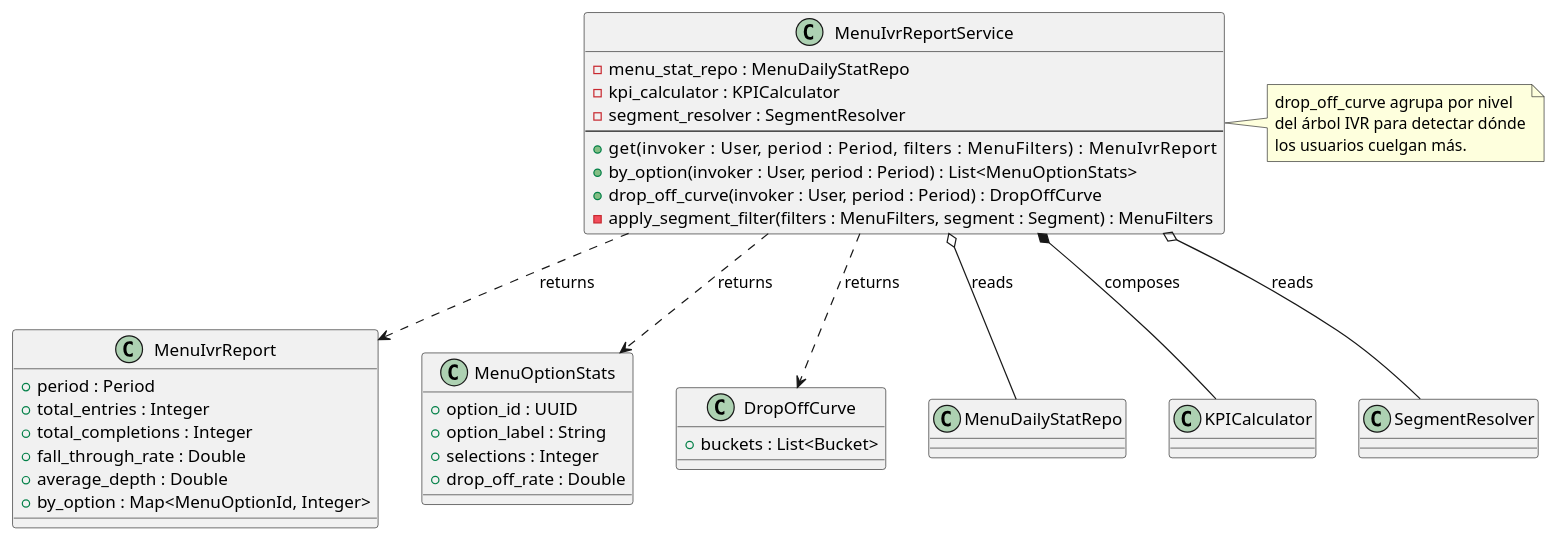
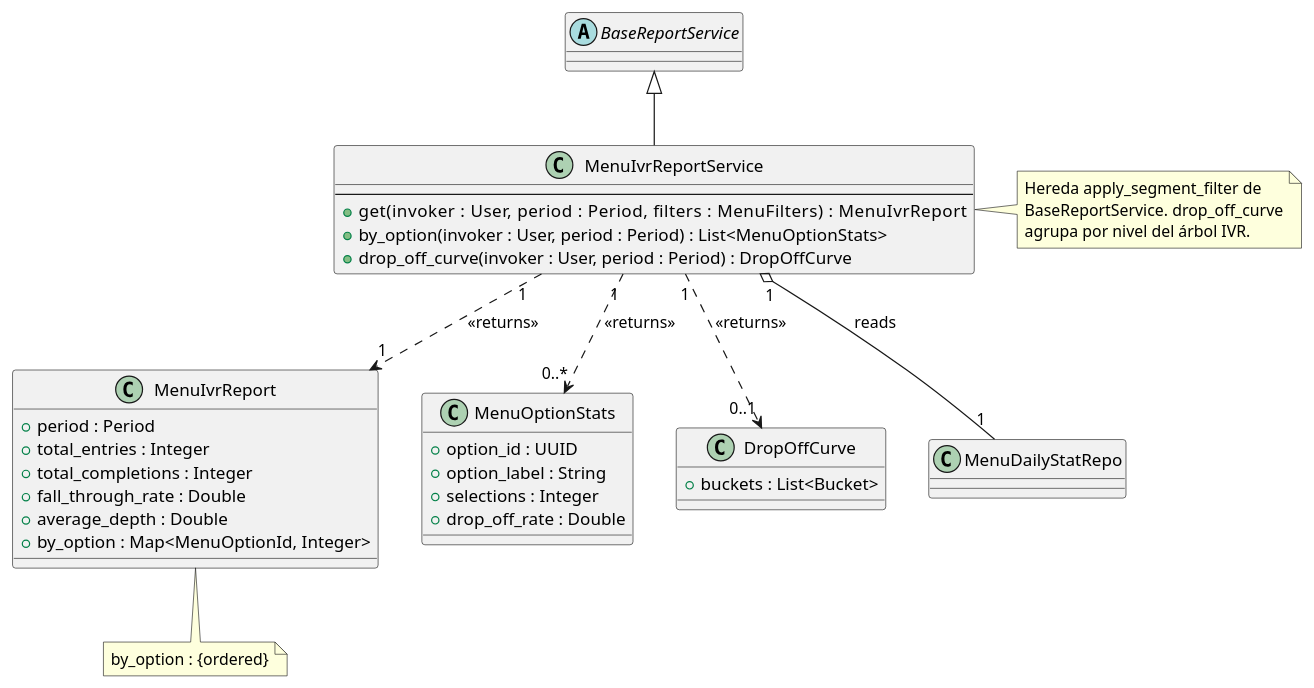
Before and after one commit to jcg-admin/IACT-docs: the diagram in source/arquitectura-tecnica/domain-model/menu-ivr-report-service.rst, drawn with PlantUML. The commit also changed 53 other files, not shown here.

First line of the commit message:
Apply UML rigor pass batch 1: RBAC core + Reports generalization

```diff
--- a/source/arquitectura-tecnica/domain-model/menu-ivr-report-service.rst
+++ b/source/arquitectura-tecnica/domain-model/menu-ivr-report-service.rst
@@ -28,56 +28,56 @@
 .. uml::
  :caption: Clase MenuIvrReportService — reporte de
            navegación del IVR.
 
  @startuml
 
+ abstract class BaseReportService
+
  class MenuIvrReportService {
-   - menu_stat_repo : MenuDailyStatRepo
-   - kpi_calculator : KPICalculator
-   - segment_resolver : SegmentResolver
    --
    + get(invoker : User, period : Period, \
          filters : MenuFilters) : MenuIvrReport
    + by_option(invoker : User, period : Period) : List<MenuOptionStats>
    + drop_off_curve(invoker : User, period : Period) : DropOffCurve
-   - apply_segment_filter(filters : MenuFilters, segment : Segment) : MenuFilters
  }
+
+ BaseReportService <|-- MenuIvrReportService
 
  class MenuIvrReport {
    + period : Period
    + total_entries : Integer
    + total_completions : Integer
    + fall_through_rate : Double
    + average_depth : Double
    + by_option : Map<MenuOptionId, Integer>
  }
 
  class MenuOptionStats {
    + option_id : UUID
    + option_label : String
    + selections : Integer
    + drop_off_rate : Double
  }
 
  class DropOffCurve {
    + buckets : List<Bucket>
  }
 
  class MenuDailyStatRepo
- class KPICalculator
- class SegmentResolver
 
- MenuIvrReportService o-- MenuDailyStatRepo : reads
- MenuIvrReportService *-- KPICalculator : composes
- MenuIvrReportService o-- SegmentResolver : reads
- MenuIvrReportService ..> MenuIvrReport : returns
- MenuIvrReportService ..> MenuOptionStats : returns
- MenuIvrReportService ..> DropOffCurve : returns
+ MenuIvrReportService "1" o-- "1" MenuDailyStatRepo : reads
+ MenuIvrReportService "1" ..> "1" MenuIvrReport : <<returns>>
+ MenuIvrReportService "1" ..> "0..*" MenuOptionStats : <<returns>>
+ MenuIvrReportService "1" ..> "0..1" DropOffCurve : <<returns>>
+
+ note bottom of MenuIvrReport
+   by_option : {ordered}
+ end note
 
  note right of MenuIvrReportService
-   drop_off_curve agrupa por nivel
-   del árbol IVR para detectar dónde
-   los usuarios cuelgan más.
+   Hereda apply_segment_filter de
+   BaseReportService. drop_off_curve
+   agrupa por nivel del árbol IVR.
  end note
 
  @enduml
```
